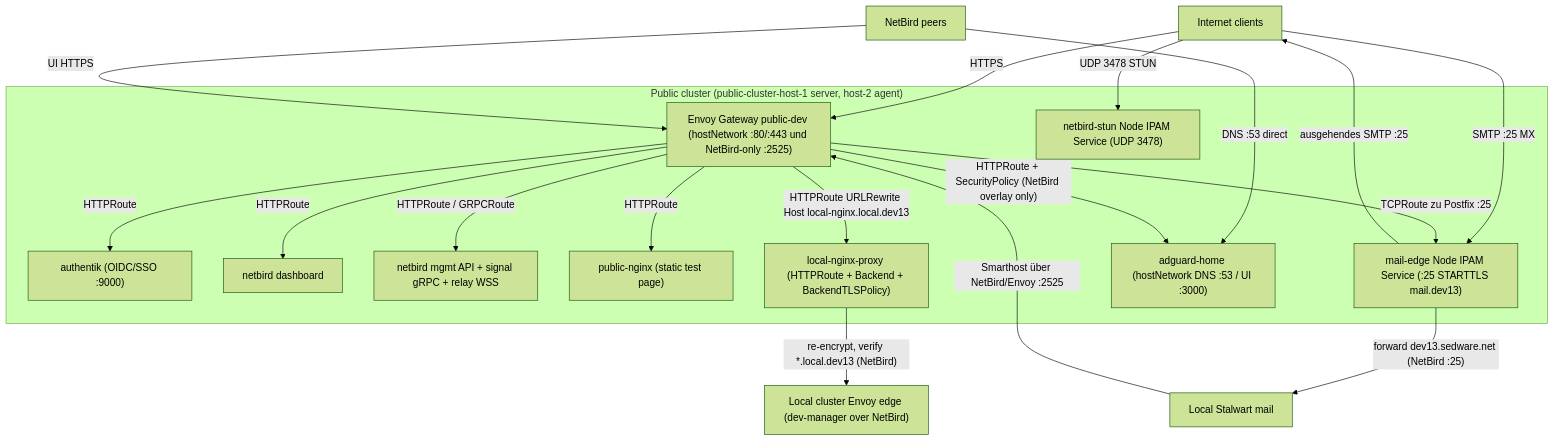
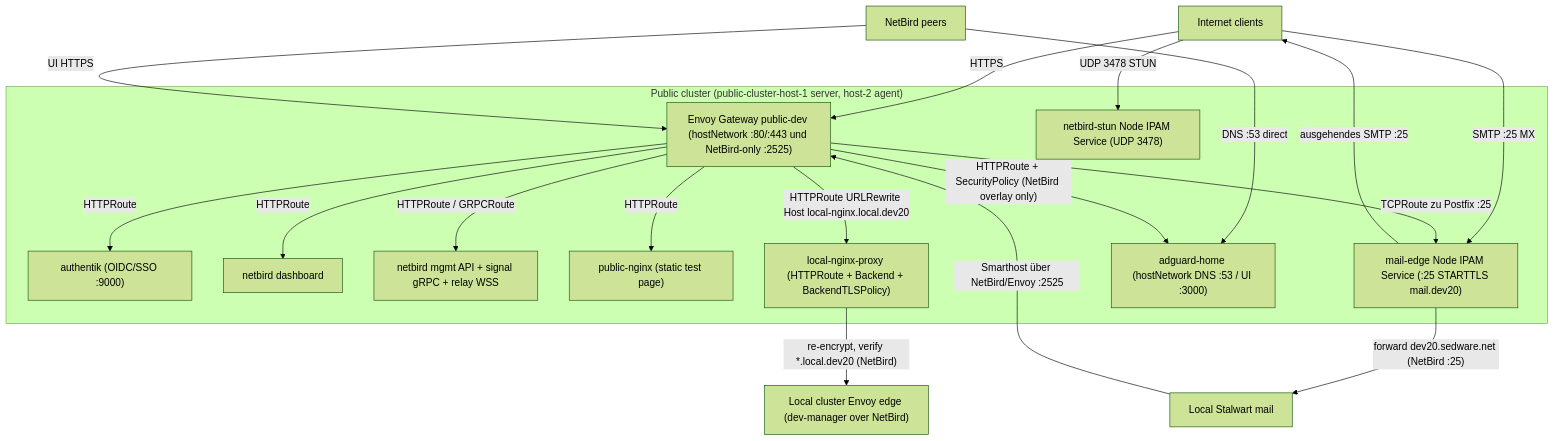
One commit to rowBeeX/public-cluster-kubernetes changed the diagram in docs/architecture.md. Above: the diagram before and after it, drawn with Mermaid (forest theme). The commit also changed 20 other files, not shown here.

````diff
--- a/docs/architecture.md
+++ b/docs/architecture.md
@@ -44,38 +44,38 @@
 ```mermaid
 flowchart TB
   internet["Internet clients"]
   nbpeers["NetBird peers"]
   localedge["Local cluster Envoy edge (dev-manager over NetBird)"]
   stalwart["Local Stalwart mail"]
 
   subgraph public["Public cluster (public-cluster-host-1 server, host-2 agent)"]
     envoy["Envoy Gateway public-dev (hostNetwork :80/:443 und NetBird-only :2525)"]
     authentik["authentik (OIDC/SSO :9000)"]
     nbdash["netbird dashboard"]
     nbmgmt["netbird mgmt API + signal gRPC + relay WSS"]
     pubnginx["public-nginx (static test page)"]
     lnproxy["local-nginx-proxy (HTTPRoute + Backend + BackendTLSPolicy)"]
     stunsvc["netbird-stun Node IPAM Service (UDP 3478)"]
-    mailedge["mail-edge Node IPAM Service (:25 STARTTLS mail.dev13)"]
+    mailedge["mail-edge Node IPAM Service (:25 STARTTLS mail.dev20)"]
     adguard["adguard-home (hostNetwork DNS :53 / UI :3000)"]
   end
 
   internet -->|HTTPS| envoy
   envoy -->|HTTPRoute| authentik
   envoy -->|HTTPRoute| nbdash
   envoy -->|HTTPRoute / GRPCRoute| nbmgmt
   envoy -->|HTTPRoute| pubnginx
-  envoy -->|"HTTPRoute URLRewrite Host local-nginx.local.dev13"| lnproxy
-  lnproxy -->|"re-encrypt, verify *.local.dev13 (NetBird)"| localedge
+  envoy -->|"HTTPRoute URLRewrite Host local-nginx.local.dev20"| lnproxy
+  lnproxy -->|"re-encrypt, verify *.local.dev20 (NetBird)"| localedge
 
   internet -->|UDP 3478 STUN| stunsvc
   internet -->|SMTP :25 MX| mailedge
-  mailedge -->|"forward dev13.sedware.net (NetBird :25)"| stalwart
+  mailedge -->|"forward dev20.sedware.net (NetBird :25)"| stalwart
   stalwart -->|"Smarthost über NetBird/Envoy :2525"| envoy
   envoy -->|"TCPRoute zu Postfix :25"| mailedge
   mailedge -->|"ausgehendes SMTP :25"| internet
 
   nbpeers -->|DNS :53 direct| adguard
   nbpeers -->|UI HTTPS| envoy
   envoy -->|"HTTPRoute + SecurityPolicy (NetBird overlay only)"| adguard
 ```
````
